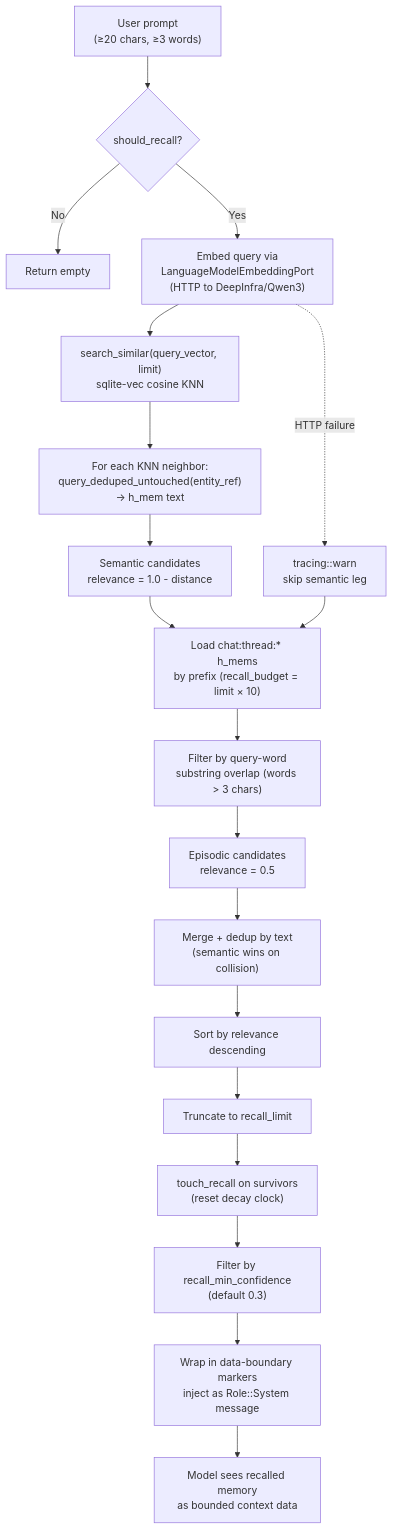
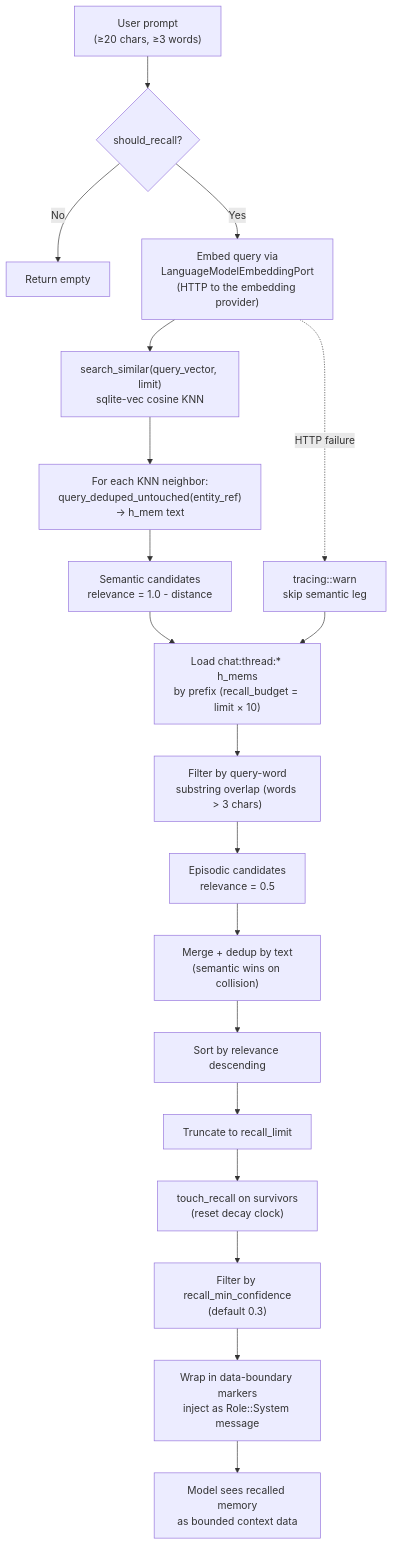
One commit to mdz-axo/zed-kask changed the diagram in kask/docs/diagrams/flowchart-memory-recall.md. Above: the diagram before and after it, drawn with Mermaid. The commit also changed 21 other files, not shown here.

First line of the commit message:
Simplify convergence tracker and remove DeepInfra

````diff
--- a/kask/docs/diagrams/flowchart-memory-recall.md
+++ b/kask/docs/diagrams/flowchart-memory-recall.md
@@ -24,24 +24,24 @@
 ```mermaid
 flowchart TD
     Prompt["User prompt<br/>(≥20 chars, ≥3 words)"] --> Gate{"should_recall?"}
     Gate -- "No" --> Empty["Return empty"]
-    Gate -- "Yes" --> Embed["Embed query via<br/>LanguageModelEmbeddingPort<br/>(HTTP to DeepInfra/Qwen3)"]
+    Gate -- "Yes" --> Embed["Embed query via<br/>LanguageModelEmbeddingPort<br/>(HTTP to the embedding provider)"]
     Embed --> KNN["search_similar(query_vector, limit)<br/>sqlite-vec cosine KNN"]
     KNN --> Join["For each KNN neighbor:<br/>query_deduped_untouched(entity_ref)<br/>→ h_mem text"]
     Join --> SemanticCandidates["Semantic candidates<br/>relevance = 1.0 - distance"]
 
     SemanticCandidates --> LoadEpisodic["Load chat:thread:* h_mems<br/>by prefix (recall_budget = limit × 10)"]
     LoadEpisodic --> Keyword["Filter by query-word<br/>substring overlap (words > 3 chars)"]
     Keyword --> EpisodicCandidates["Episodic candidates<br/>relevance = 0.5"]
 
     EpisodicCandidates --> Dedup["Merge + dedup by text<br/>(semantic wins on collision)"]
     Dedup --> Sort["Sort by relevance descending"]
     Sort --> Truncate["Truncate to recall_limit"]
     Truncate --> Touch["touch_recall on survivors<br/>(reset decay clock)"]
     Touch --> Filter["Filter by recall_min_confidence<br/>(default 0.3)"]
     Filter --> Inject["Wrap in data-boundary markers<br/>inject as Role::System message"]
     Inject --> Model["Model sees recalled memory<br/>as bounded context data"]
 
     Embed -.->|"HTTP failure"| EmbedFail["tracing::warn<br/>skip semantic leg"]
     EmbedFail --> LoadEpisodic
 ```
````
